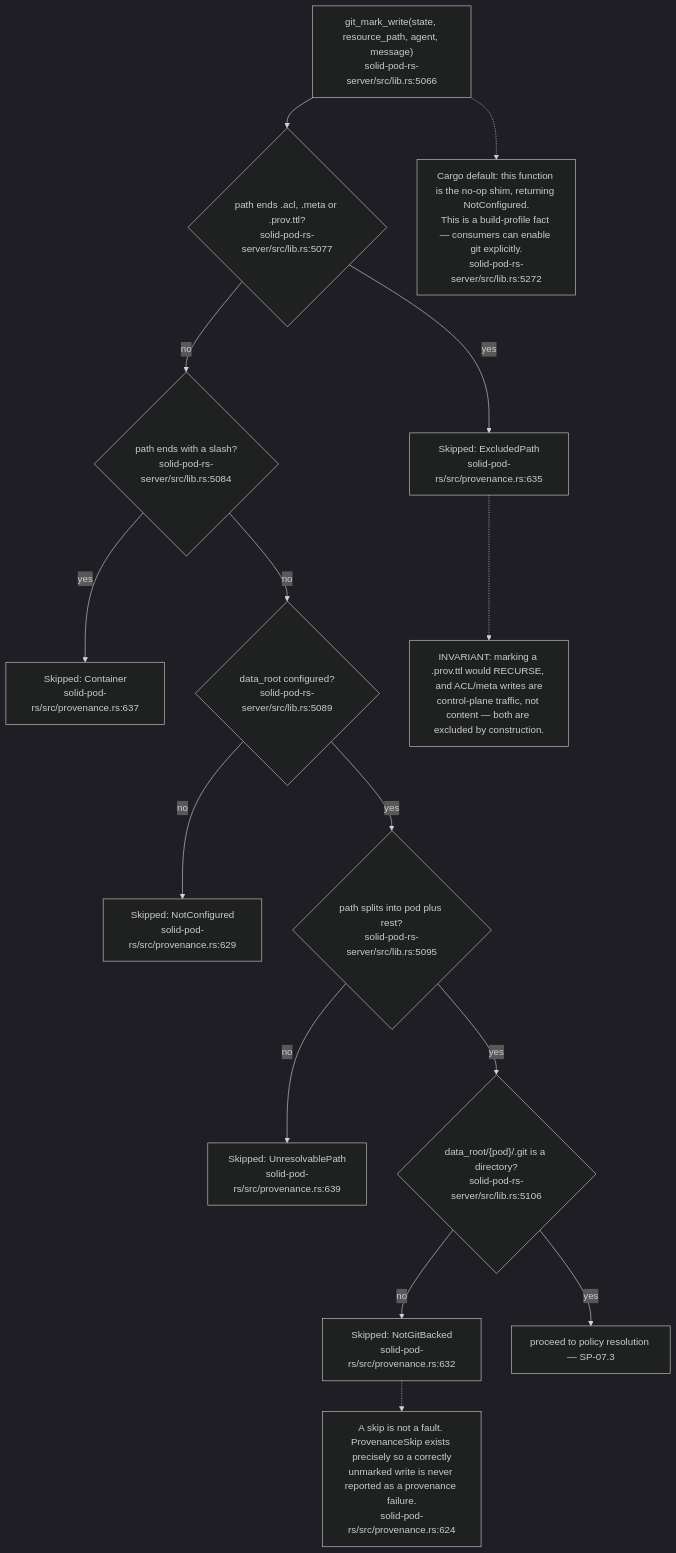
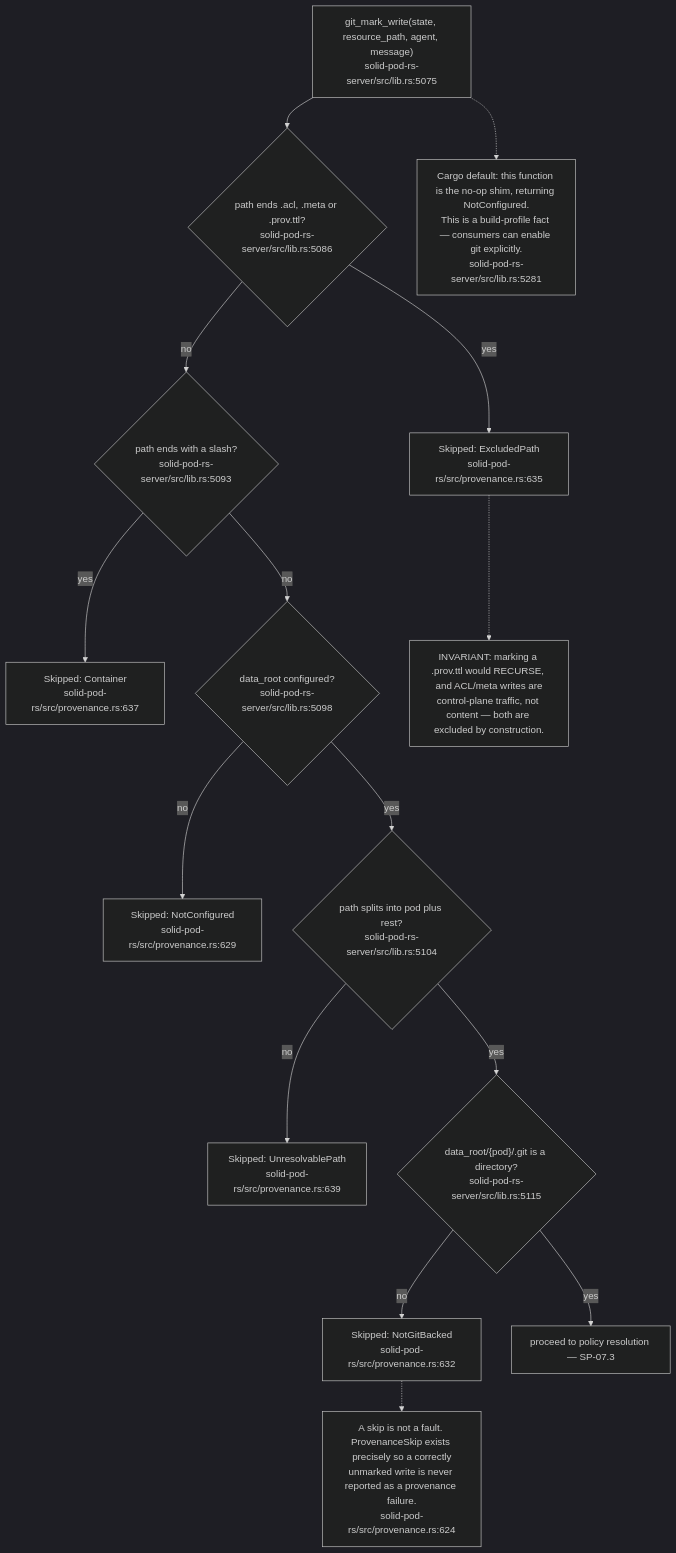
Before and after one commit to DreamLab-AI/VisionFlow: the second of 21 diagrams in docs/diagrams/solid-pod-rs/07-provenance-and-payments.md, drawn with Mermaid (dark theme). The commit also changed other lines of this file and 18 other files, not shown here.

First line of the commit message:
docs(diagrams): freeze panels for fixed defects and add successors at the fix revisions

````diff
--- a/docs/diagrams/solid-pod-rs/07-provenance-and-payments.md
+++ b/docs/diagrams/solid-pod-rs/07-provenance-and-payments.md
@@ -54,34 +54,34 @@
 ```mermaid
 flowchart TD
-    IN["git_mark_write(state, resource_path, agent, message)<br/>solid-pod-rs-server/src/lib.rs:5066"]
-    SIDE{"path ends .acl, .meta or .prov.ttl?<br/>solid-pod-rs-server/src/lib.rs:5077"}
+    IN["git_mark_write(state, resource_path, agent, message)<br/>solid-pod-rs-server/src/lib.rs:5075"]
+    SIDE{"path ends .acl, .meta or .prov.ttl?<br/>solid-pod-rs-server/src/lib.rs:5086"}
     S1["Skipped: ExcludedPath<br/>solid-pod-rs/src/provenance.rs:635"]
-    CONT{"path ends with a slash?<br/>solid-pod-rs-server/src/lib.rs:5084"}
+    CONT{"path ends with a slash?<br/>solid-pod-rs-server/src/lib.rs:5093"}
     S2["Skipped: Container<br/>solid-pod-rs/src/provenance.rs:637"]
-    ROOT{"data_root configured?<br/>solid-pod-rs-server/src/lib.rs:5089"}
+    ROOT{"data_root configured?<br/>solid-pod-rs-server/src/lib.rs:5098"}
     S3["Skipped: NotConfigured<br/>solid-pod-rs/src/provenance.rs:629"]
-    SPLIT{"path splits into pod plus rest?<br/>solid-pod-rs-server/src/lib.rs:5095"}
+    SPLIT{"path splits into pod plus rest?<br/>solid-pod-rs-server/src/lib.rs:5104"}
     S4["Skipped: UnresolvablePath<br/>solid-pod-rs/src/provenance.rs:639"]
-    GITD{"data_root/{pod}/.git is a directory?<br/>solid-pod-rs-server/src/lib.rs:5106"}
+    GITD{"data_root/{pod}/.git is a directory?<br/>solid-pod-rs-server/src/lib.rs:5115"}
     S5["Skipped: NotGitBacked<br/>solid-pod-rs/src/provenance.rs:632"]
     GO["proceed to policy resolution — SP-07.3"]
 
     IN --> SIDE
     SIDE -- yes --> S1
     SIDE -- no --> CONT
     CONT -- yes --> S2
     CONT -- no --> ROOT
     ROOT -- no --> S3
     ROOT -- yes --> SPLIT
     SPLIT -- no --> S4
     SPLIT -- yes --> GITD
     GITD -- no --> S5
     GITD -- yes --> GO
 
     N["INVARIANT: marking a .prov.ttl would RECURSE, and ACL/meta writes are<br/>control-plane traffic, not content — both are excluded by construction."]
     S1 -.-> N
     N2["A skip is not a fault. ProvenanceSkip exists precisely so a correctly<br/>unmarked write is never reported as a provenance failure.<br/>solid-pod-rs/src/provenance.rs:624"]
     S5 -.-> N2
-    N3["Cargo default: this function is the no-op shim, returning NotConfigured.<br/>This is a build-profile fact — consumers can enable git explicitly.<br/>solid-pod-rs-server/src/lib.rs:5272"]
+    N3["Cargo default: this function is the no-op shim, returning NotConfigured.<br/>This is a build-profile fact — consumers can enable git explicitly.<br/>solid-pod-rs-server/src/lib.rs:5281"]
     IN -.-> N3
 ```
````
